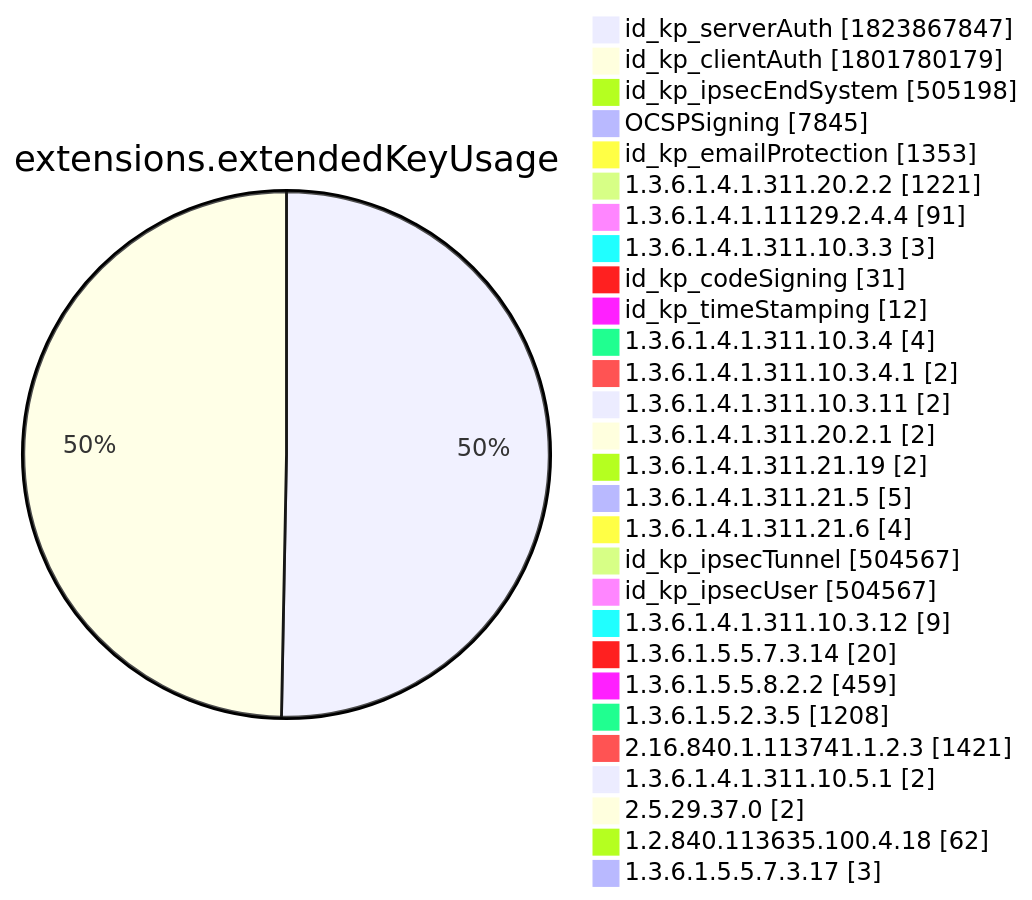
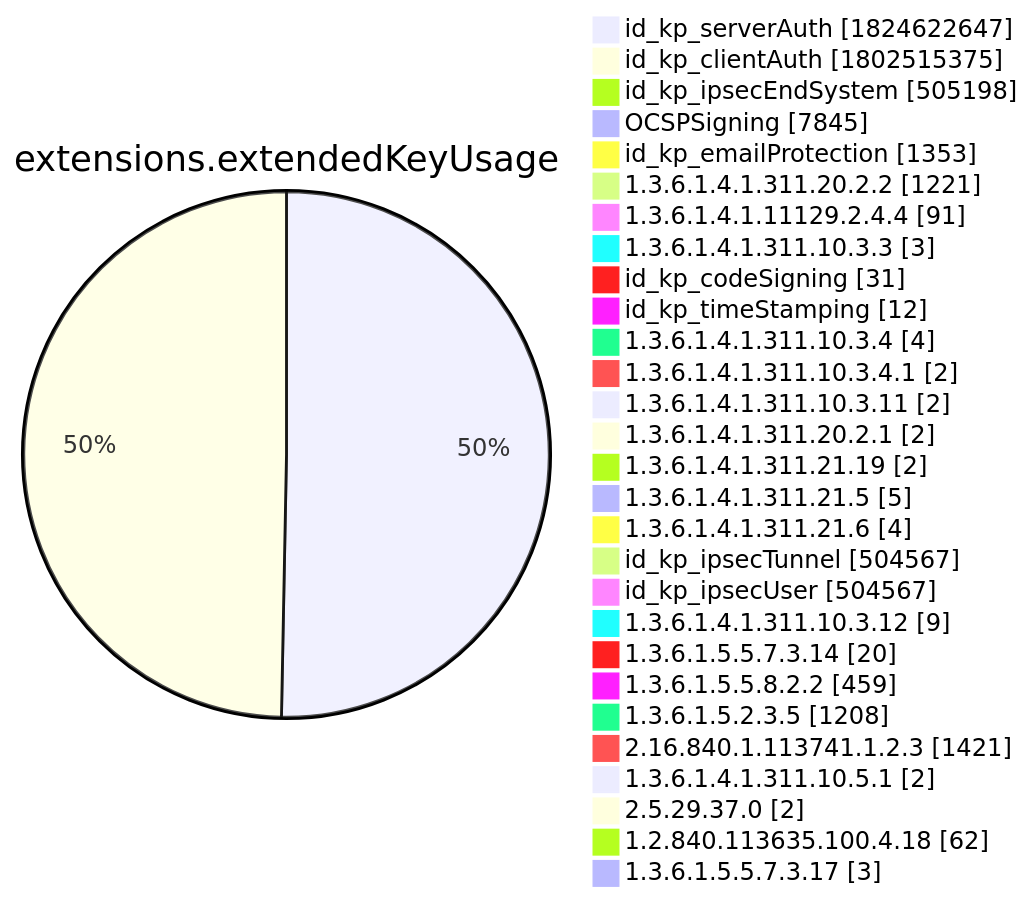
One commit to christiankrug/ctmonitor_visualization changed diagram 12 of 15 in xenon2022/README.md. Above: the diagram before and after it, drawn with Mermaid. The commit also changed other lines of this file, not shown here.

````diff
--- a/xenon2022/README.md
+++ b/xenon2022/README.md
@@ -3895,32 +3895,32 @@
 ```mermaid
 pie showData
 title extensions.extendedKeyUsage
-"id_kp_serverAuth" :1823867847
-"id_kp_clientAuth" :1801780179
+"id_kp_serverAuth" :1824622647
+"id_kp_clientAuth" :1802515375
 "id_kp_ipsecEndSystem" :505198
 "OCSPSigning" :7845
 "id_kp_emailProtection" :1353
 "1.3.6.1.4.1.311.20.2.2" :1221
 "1.3.6.1.4.1.11129.2.4.4" :91
 "1.3.6.1.4.1.311.10.3.3" :3
 "id_kp_codeSigning" :31
 "id_kp_timeStamping" :12
 "1.3.6.1.4.1.311.10.3.4" :4
 "1.3.6.1.4.1.311.10.3.4.1" :2
 "1.3.6.1.4.1.311.10.3.11" :2
 "1.3.6.1.4.1.311.20.2.1" :2
 "1.3.6.1.4.1.311.21.19" :2
 "1.3.6.1.4.1.311.21.5" :5
 "1.3.6.1.4.1.311.21.6" :4
 "id_kp_ipsecTunnel" :504567
 "id_kp_ipsecUser" :504567
 "1.3.6.1.4.1.311.10.3.12" :9
 "1.3.6.1.5.5.7.3.14" :20
 "1.3.6.1.5.5.8.2.2" :459
 "1.3.6.1.5.2.3.5" :1208
 "2.16.840.1.113741.1.2.3" :1421
 "1.3.6.1.4.1.311.10.5.1" :2
 "2.5.29.37.0" :2
 "1.2.840.113635.100.4.18" :62
 "1.3.6.1.5.5.7.3.17" :3
 ```
````
